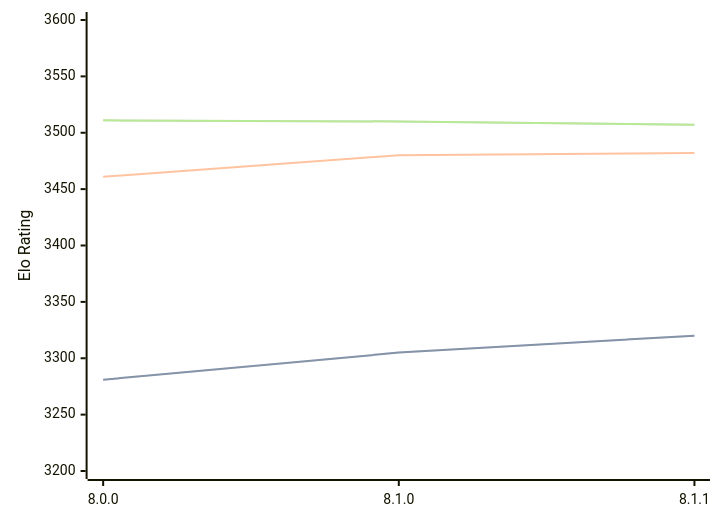
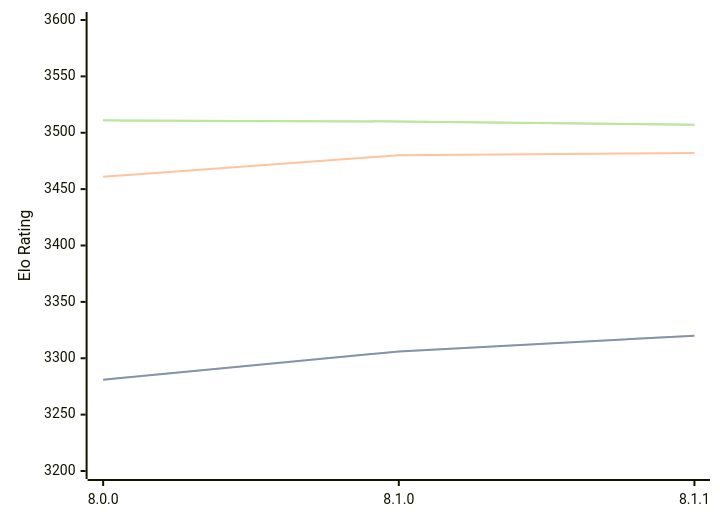
One commit to computer-chess-index/cci changed the diagram in engines/Velvet.md. Above: the diagram before and after it, drawn with Mermaid. The commit also changed other lines of this file, not shown here.

````diff
--- a/engines/Velvet.md
+++ b/engines/Velvet.md
@@ -54,11 +54,11 @@
 ```mermaid
 %%{init: {"theme":"base","themeVariables":{"seriesColors:['#a3a3a3','#222221','#faa371']}}}%%
 xychart-beta
   x-axis ["8.0.0", "8.1.0", "8.1.1"]
   y-axis "Elo Rating" 3200 --> 3600
-  line "STC (8.0+0.08s)" [3281, 3305, 3320]
-  line "STC (8.0+0.08s)" [3281, 3305, 3320]
+  line "STC (8.0+0.08s)" [3281, 3306, 3320]
+  line "STC (8.0+0.08s)" [3281, 3306, 3320]
   line "LTC (60.0+0.60s)" [3461, 3480, 3482]
   line "VLTC (2m24s+1.12s)" [3511, 3510, 3507]
   line "VLTC (2m24s+1.12s)" [3511, 3510, 3507]
 ```
````
